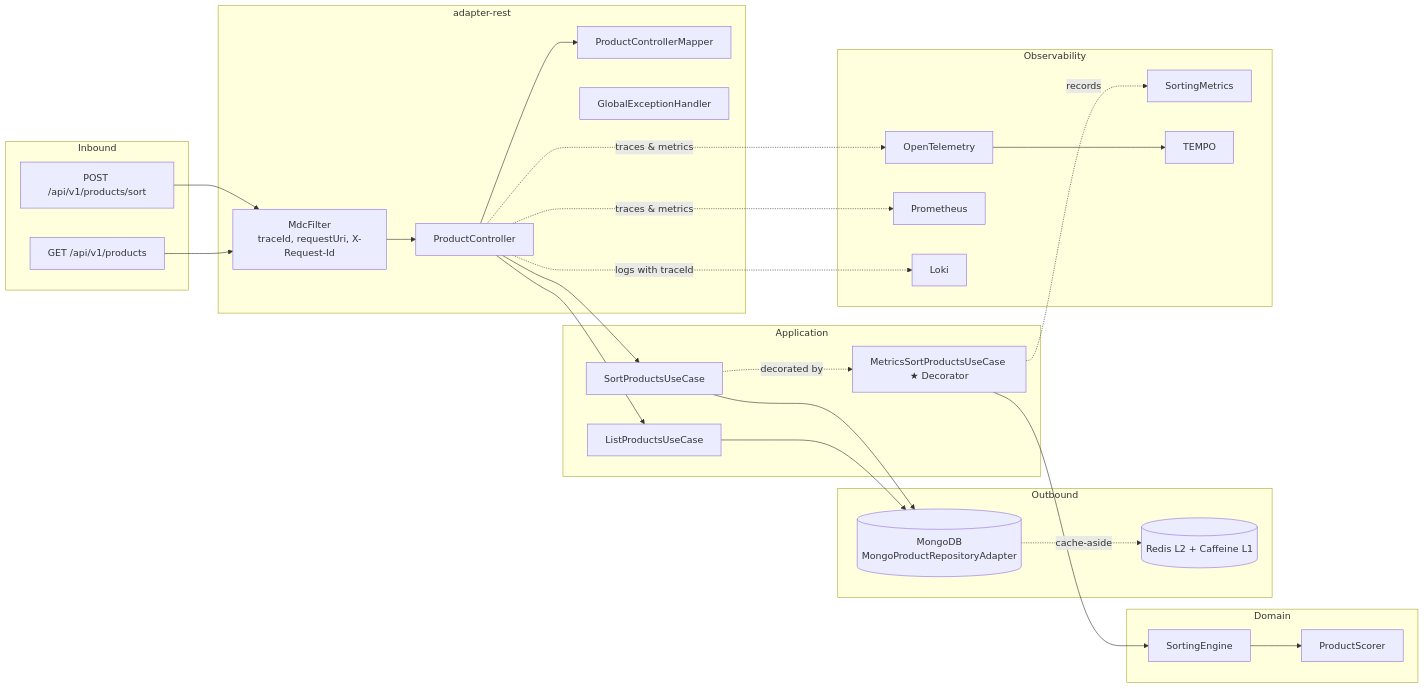
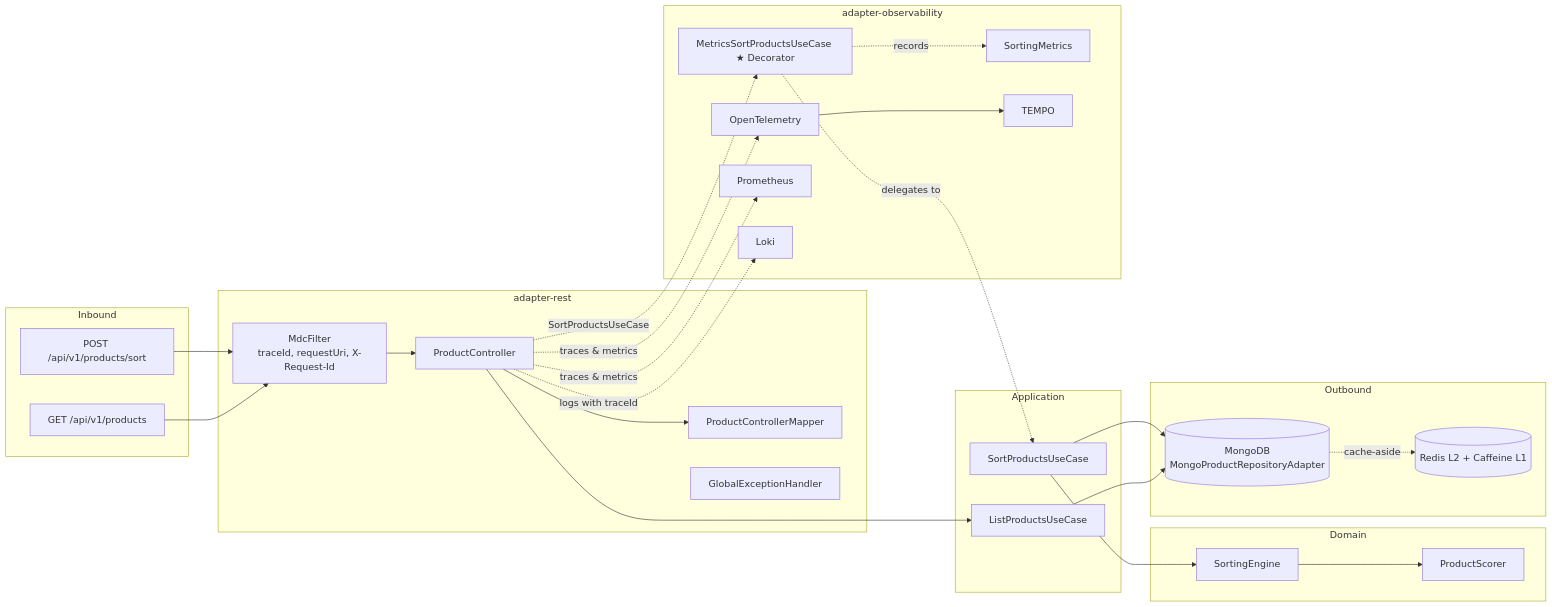
Before and after one commit to JuanPabloJimenezEsclusa/product-sorter: the third of 3 diagrams in README.md, drawn with Mermaid. The commit also changed other lines of this file and 180 other files, not shown here.

````diff
--- a/README.md
+++ b/README.md
@@ -96,41 +95,42 @@
 ```mermaid
 flowchart LR
     subgraph Inbound
         POST["POST /api/v1/products/sort"]
         GET["GET /api/v1/products"]
     end
     subgraph adapter-rest
         C[ProductController]
         M[ProductControllerMapper]
         H[GlobalExceptionHandler]
         MDC[MdcFilter<br/>traceId, requestUri, X-Request-Id]
     end
     subgraph Application
         SUC[SortProductsUseCase]
         LUC[ListProductsUseCase]
-        MM[MetricsSortProductsUseCase ★ Decorator]
     end
     subgraph Domain
         SE2[SortingEngine]
         PS2[ProductScorer]
     end
     subgraph Outbound
         MONGO[(MongoDB<br/>MongoProductRepositoryAdapter)]
         CACHE[("Redis L2 + Caffeine L1")]
     end
-    subgraph Observability
+    subgraph adapter-observability
+        MM[MetricsSortProductsUseCase ★ Decorator]
         SM[SortingMetrics]
         OT[OpenTelemetry] --> TEMPO
         PROM[Prometheus]
         LOKI[Loki]
     end
 
     POST & GET --> MDC
     MDC --> C --> M
-    C --> SUC & LUC
-    SUC -.->|decorated by| MM --> SE2 --> PS2
+    C -.->|SortProductsUseCase| MM
+    C --> LUC
+    MM -.->|delegates to| SUC --> SE2 --> PS2
     SUC & LUC --> MONGO -.->|cache-aside| CACHE
     MM -.->|records| SM
     C -.->|traces & metrics| OT & PROM
     C -.->|logs with traceId| LOKI
 ```
````
